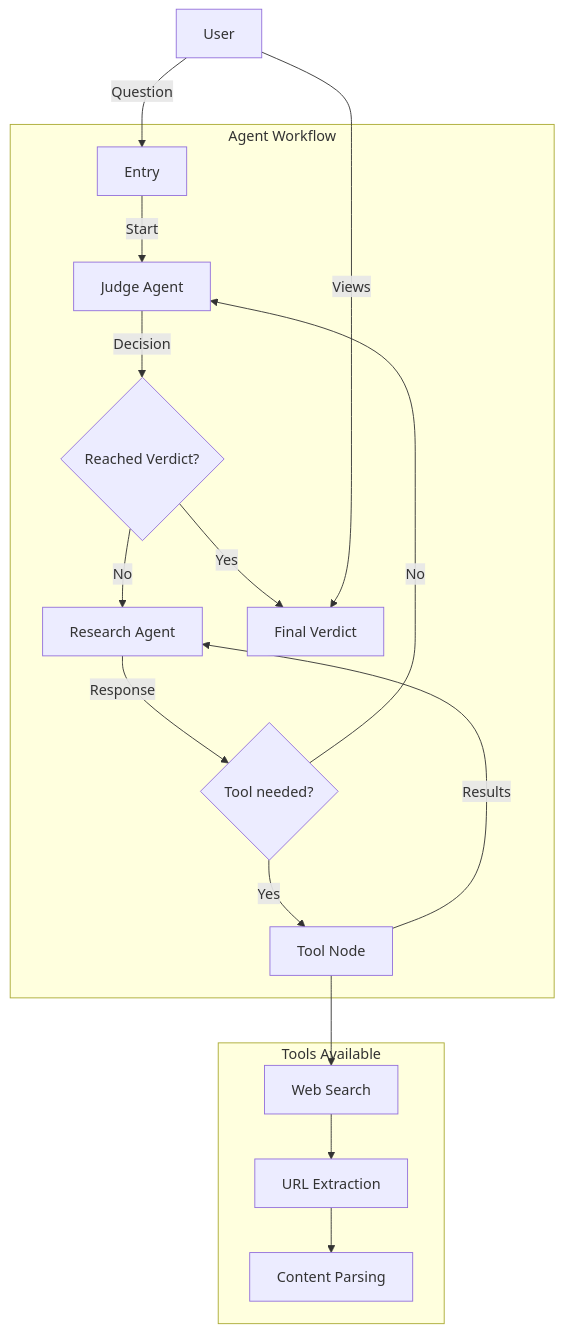
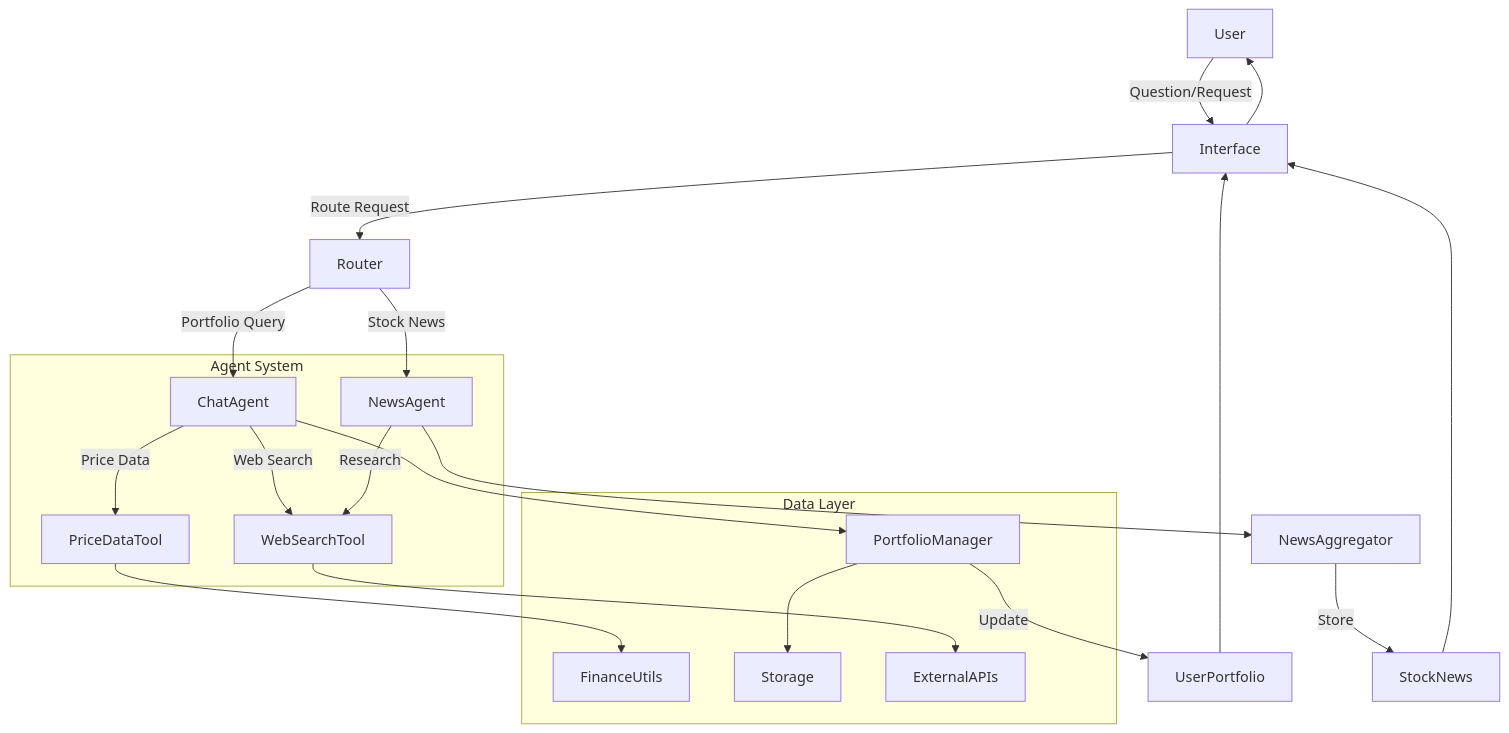
One commit to bemali/trading-agent changed the diagram in README.md. Above: the diagram before and after it, drawn with Mermaid. The commit also changed other lines of this file, not shown here.

````diff
--- a/README.md
+++ b/README.md
@@ -26,30 +32,31 @@
 ```mermaid
 graph TD
-    User[User] -->|Question| Entry
-    Entry -->|Start| Judge
-    Judge -->|Decision| Check{Reached Verdict?}
-    Check -->|No| Research
-    Check -->|Yes| End
-    Research -->|Response| CheckRes{Tool needed?}
-    CheckRes -->|Yes| Tools
-    CheckRes -->|No| Judge
-    Tools -->|Results| Research
+    User[User] -->|Question/Request| Interface
+    Interface -->|Route Request| Router
     
-    subgraph "Agent Workflow"
-    Entry
-    Judge[Judge Agent]
-    Research[Research Agent]
-    Tools[Tool Node]
-    Check
-    CheckRes
-    End[Final Verdict]
+    Router -->|Portfolio Query| ChatAgent
+    Router -->|Stock News| NewsAgent
+    
+    subgraph "Agent System"
+    ChatAgent -->|Web Search| WebSearchTool
+    ChatAgent -->|Price Data| PriceDataTool
+    NewsAgent -->|Research| WebSearchTool
     end
     
-    subgraph "Tools Available"
-    Tools --> WebSearch[Web Search]
-    WebSearch --> URLs[URL Extraction]
-    URLs --> ContentParsing[Content Parsing]
+    subgraph "Data Layer"
+    PriceDataTool --> FinanceUtils
+    PortfolioManager --> Storage
+    WebSearchTool --> ExternalAPIs
     end
     
-    User -->|Views| End
+    ChatAgent --> PortfolioManager
+    NewsAgent --> NewsAggregator
+    
+    PortfolioManager -->|Update| UserPortfolio
+    NewsAggregator -->|Store| StockNews
+    
+    UserPortfolio --> Interface
+    StockNews --> Interface
+    
+    Interface --> User
 ```
````
